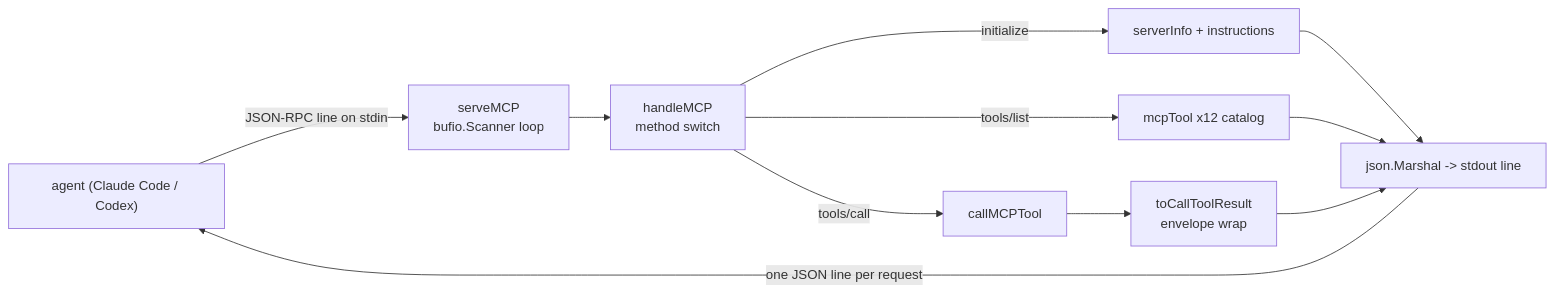
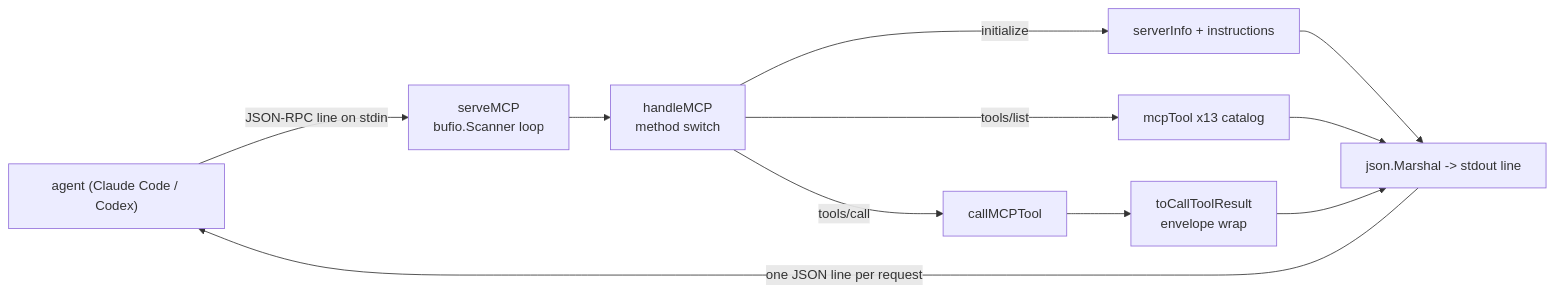
One commit to pyranthus-hq/mora changed the first of 3 diagrams in docs/architecture/06-mcp-server.md. Above: the diagram before and after it, drawn with Mermaid. The commit also changed other lines of this file and 8 other files, not shown here.

````diff
--- a/docs/architecture/06-mcp-server.md
+++ b/docs/architecture/06-mcp-server.md
@@ -41,13 +41,13 @@
 ```mermaid
 flowchart LR
   A["agent (Claude Code / Codex)"] -- "JSON-RPC line on stdin" --> B["serveMCP<br/>bufio.Scanner loop"]
   B --> C["handleMCP<br/>method switch"]
   C -->|initialize| D["serverInfo + instructions"]
-  C -->|tools/list| E["mcpTool x12 catalog"]
+  C -->|tools/list| E["mcpTool x13 catalog"]
   C -->|tools/call| F["callMCPTool"]
   F --> G["toCallToolResult<br/>envelope wrap"]
   D --> H["json.Marshal -> stdout line"]
   E --> H
   G --> H
   H -- "one JSON line per request" --> A
 ```
````
